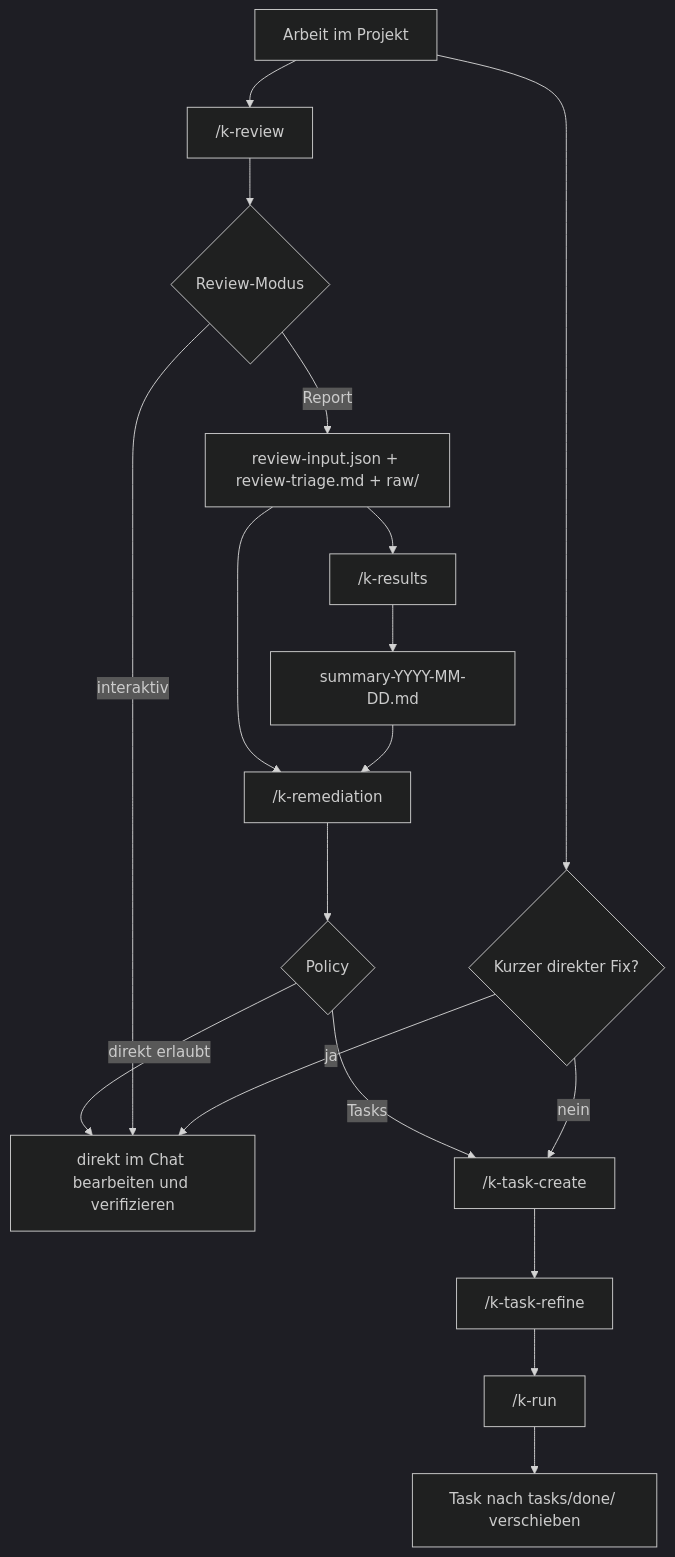
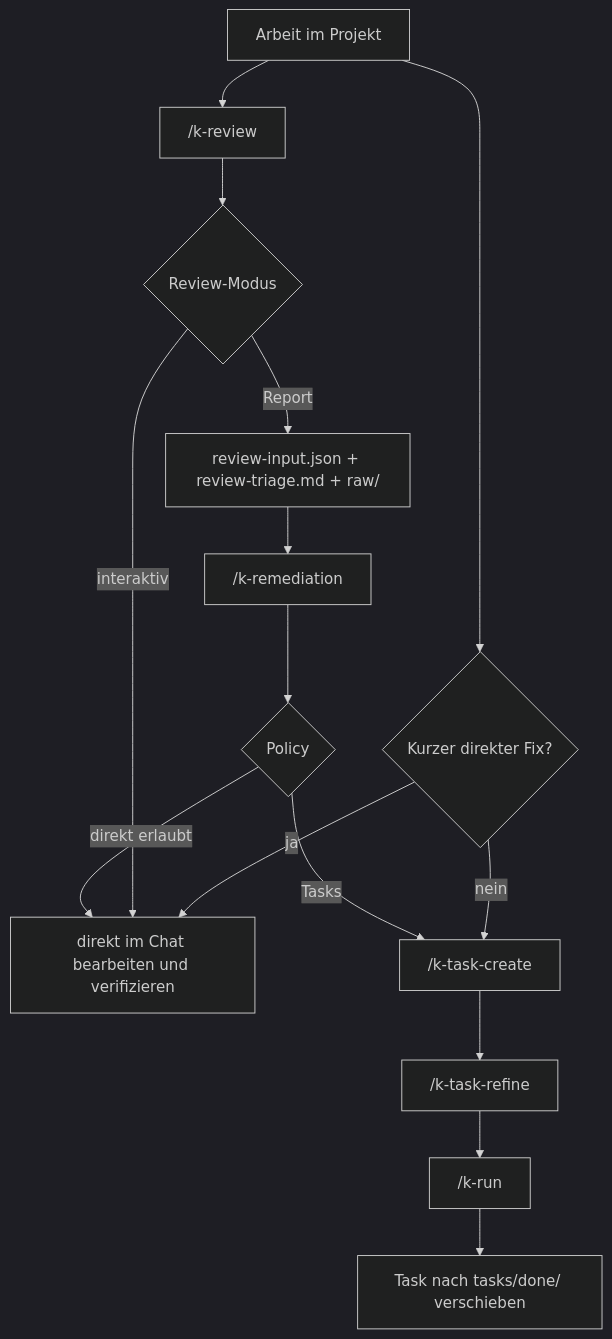
Before and after one commit to kascada/k-playbook: the third of 3 diagrams in docs/handbuch.md, drawn with Mermaid (dark theme). The commit also changed other lines of this file and 26 other files, not shown here.

````diff
--- a/docs/handbuch.md
+++ b/docs/handbuch.md
@@ -158,21 +158,18 @@
 ```mermaid
 flowchart TD
     Start["Arbeit im Projekt"] --> Small{"Kurzer direkter Fix?"}
     Small -->|ja| Direct["direkt im Chat bearbeiten und verifizieren"]
     Small -->|nein| Task["/k-task-create"]
     Task --> ReviewLoop["/k-task-refine"]
     ReviewLoop --> Run["/k-run"]
     Run --> Done["Task nach tasks/done/ verschieben"]
 
     Start --> Review["/k-review <name>"]
     Review --> Mode{"Review-Modus"}
     Mode -->|interaktiv| Direct
     Mode -->|Report| Artifacts["review-input.json + review-triage.md + raw/"]
-    Artifacts --> Results["/k-results"]
-    Results --> Summary["summary-YYYY-MM-DD.md"]
-    Summary --> Remediation["/k-remediation"]
-    Artifacts --> Remediation
+    Artifacts --> Remediation["/k-remediation"]
     Remediation --> Policy{"Policy"}
     Policy -->|Tasks| Task
     Policy -->|direkt erlaubt| Direct
 ```
````
